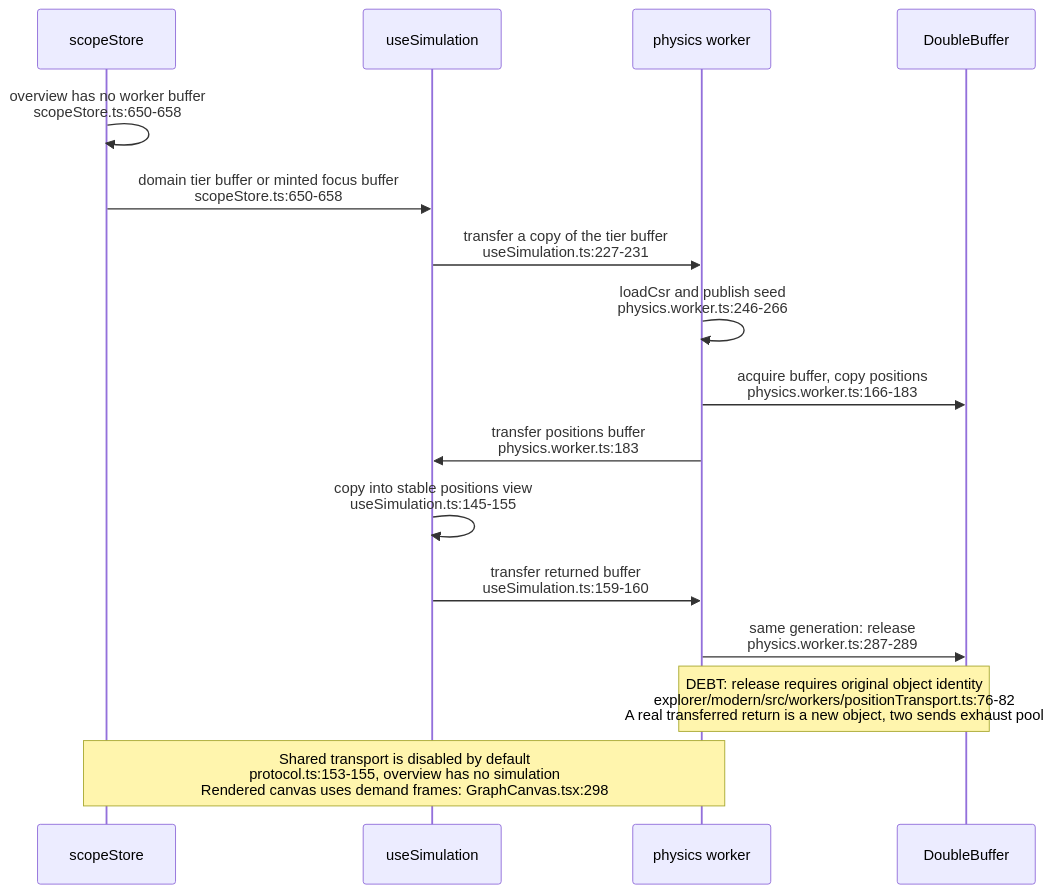
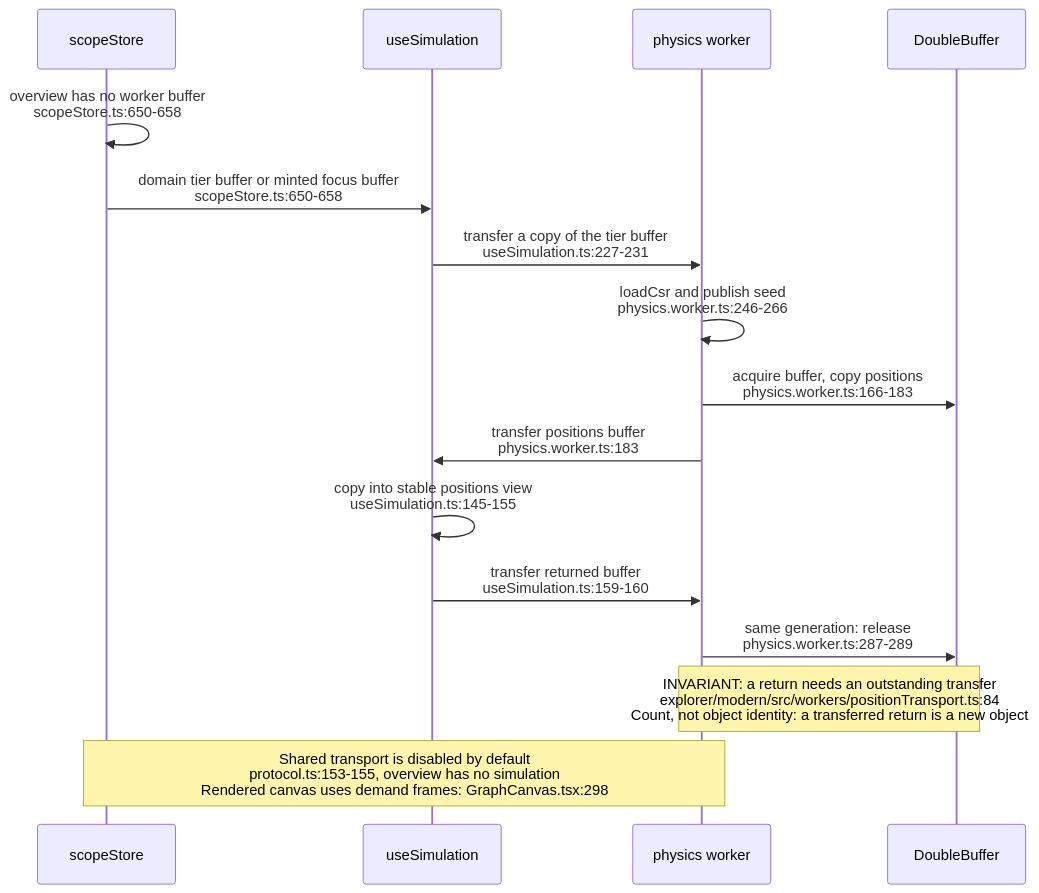
Before and after one commit to DreamLab-AI/VisionFlow: the second of 5 diagrams in docs/diagrams/knowledgegraph/04-explorer-and-site-build.md, drawn with Mermaid. The commit also changed other lines of this file and 70 other files, not shown here.

First line of the commit message:
docs(diagrams): re-verify 69 topics at current default-branch heads

````diff
--- a/docs/diagrams/knowledgegraph/04-explorer-and-site-build.md
+++ b/docs/diagrams/knowledgegraph/04-explorer-and-site-build.md
@@ -61,18 +63,18 @@
 ```mermaid
 sequenceDiagram
     participant S as scopeStore
     participant H as useSimulation
     participant W as physics worker
     participant P as DoubleBuffer
     S->>S: overview has no worker buffer<br/>scopeStore.ts:650-658
     S->>H: domain tier buffer or minted focus buffer<br/>scopeStore.ts:650-658
     H->>W: transfer a copy of the tier buffer<br/>useSimulation.ts:227-231
     W->>W: loadCsr and publish seed<br/>physics.worker.ts:246-266
     W->>P: acquire buffer, copy positions<br/>physics.worker.ts:166-183
     W->>H: transfer positions buffer<br/>physics.worker.ts:183
     H->>H: copy into stable positions view<br/>useSimulation.ts:145-155
     H->>W: transfer returned buffer<br/>useSimulation.ts:159-160
     W->>P: same generation: release<br/>physics.worker.ts:287-289
-    Note over W,P: DEBT: release requires original object identity<br/>explorer/modern/src/workers/positionTransport.ts:76-82<br/>A real transferred return is a new object, two sends exhaust pool
+    Note over W,P: INVARIANT: a return needs an outstanding transfer<br/>explorer/modern/src/workers/positionTransport.ts:84<br/>Count, not object identity: a transferred return is a new object
     Note over S,W: Shared transport is disabled by default<br/>protocol.ts:153-155, overview has no simulation<br/>Rendered canvas uses demand frames: GraphCanvas.tsx:298
 ```
````
